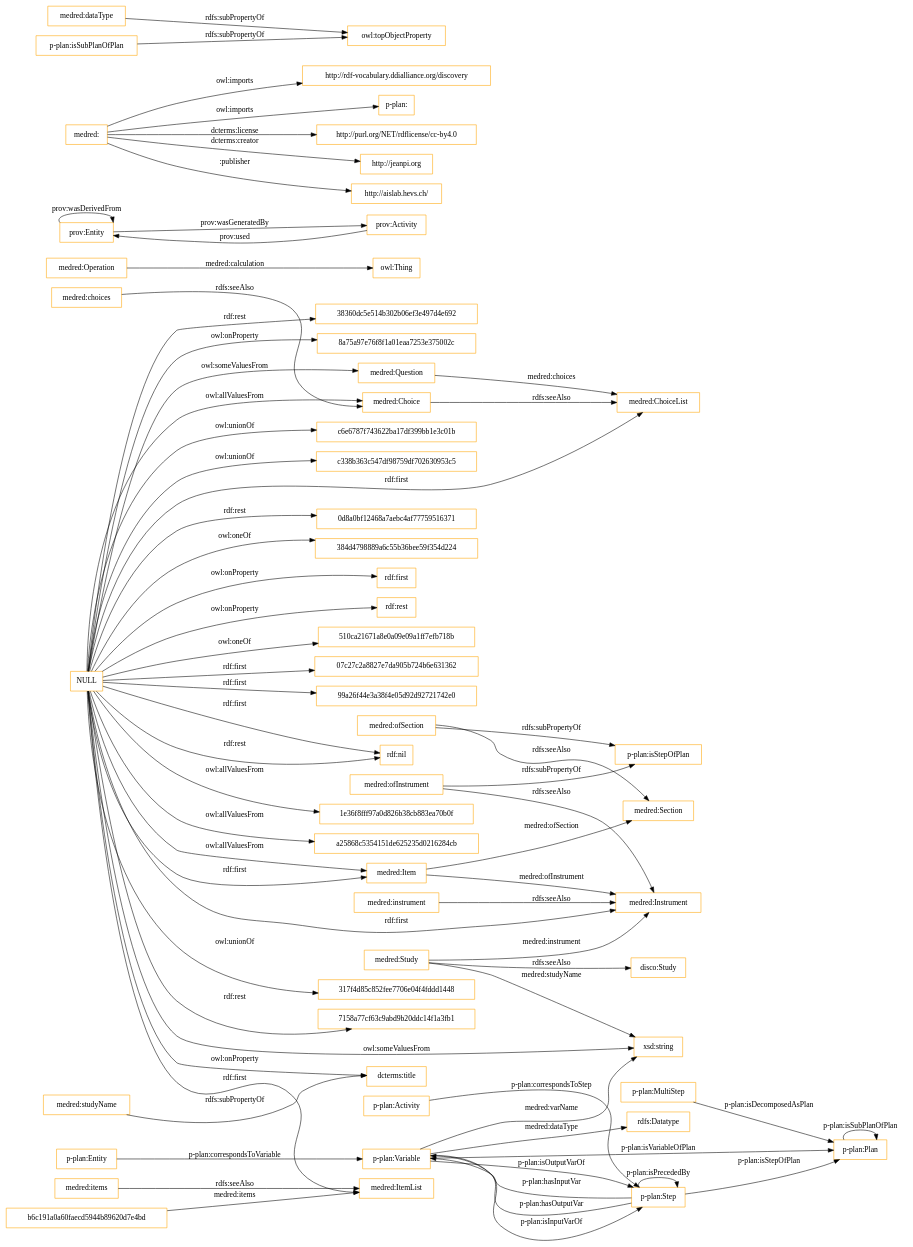
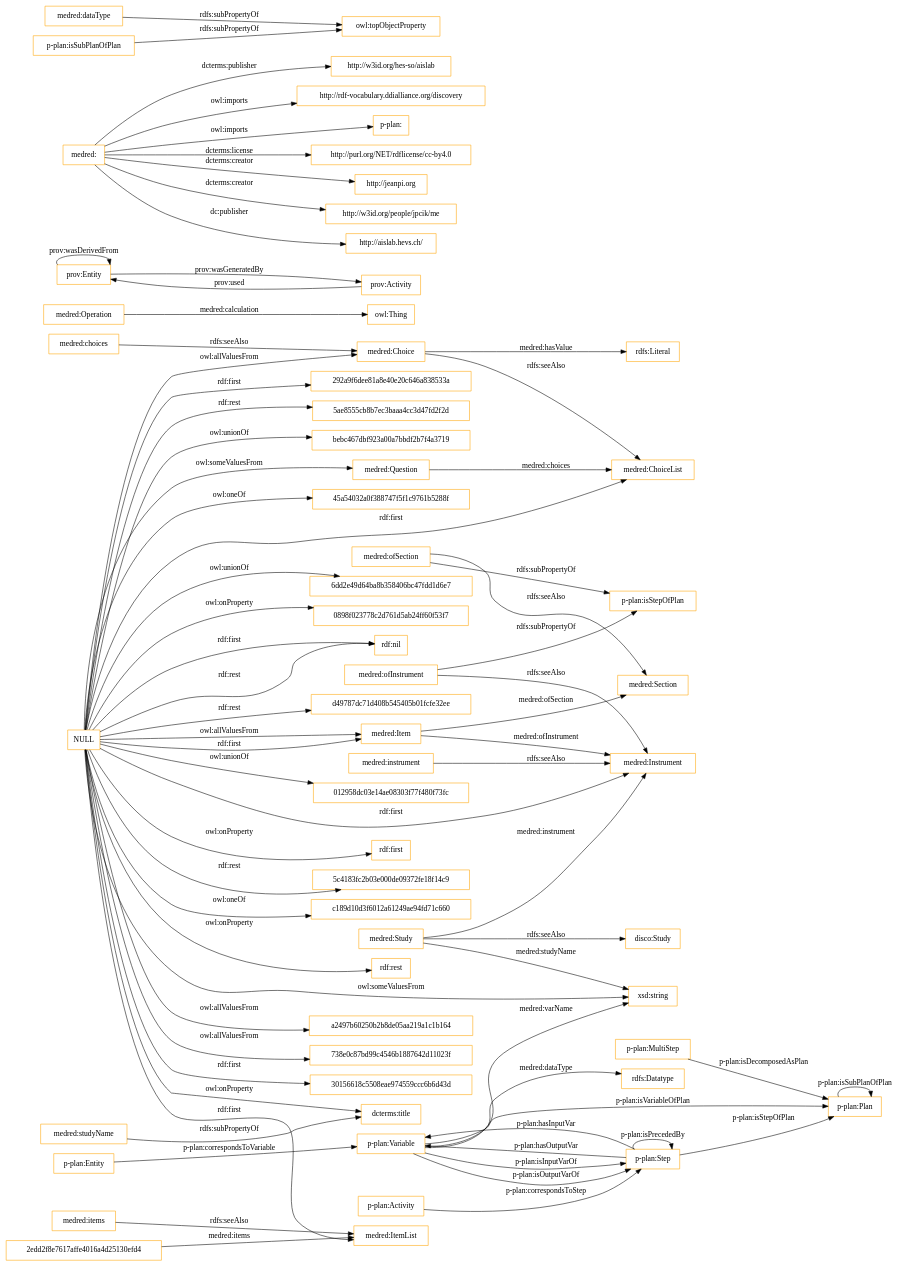
One commit to OnToologyUser/medred changed the diagram in OnToology/ontology/medred.owl/diagrams/ar2dtool-class/medred.owl.png.dot. Above: the diagram before and after it, drawn with Graphviz. The commit also changed 8 other files, not shown here.

```diff
--- a/OnToology/ontology/medred.owl/diagrams/ar2dtool-class/medred.owl.png.dot
+++ b/OnToology/ontology/medred.owl/diagrams/ar2dtool-class/medred.owl.png.dot
@@ -1,72 +1,75 @@
 digraph ar2dtool_diagram { 
 rankdir=LR;
 size="1501"
-node [shape = rectangle, color="orange"]; "07c27c2a8827e7da905b724b6e631362" "99a26f44e3a38f4e05d92d92721742e0" "medred:Question" "medred:Instrument" "medred:Item" "1e36f8fff97a0d826b38cb883ea70b0f" "rdfs:Datatype" "medred:Study" "medred:ItemList" "a25868c5354151de625235d0216284cb" "b6c191a0a60faecd5944b89620d7e4bd" "medred:Section" "medred:ChoiceList" "medred:Choice" "medred:Operation" "p-plan:MultiStep" "p-plan:Activity" "p-plan:Step" "p-plan:Entity" "prov:Entity" "p-plan:Plan" "prov:Activity" "p-plan:Variable" ; /*classes style*/
+node [shape = rectangle, color="orange"]; "a2497b60250b2b8de05aa219a1c1b164" "medred:Question" "738e0c87bd99c4546b1887642d11023f" "medred:Instrument" "medred:Item" "30156618c5508eae974559ccc6b6d43d" "rdfs:Datatype" "medred:Study" "medred:ItemList" "medred:Section" "medred:ChoiceList" "medred:Choice" "medred:Operation" "292a9f6dee81a8e40e20c646a838533a" "2edd2f8e7617affe4016a4d25130efd4" "p-plan:MultiStep" "p-plan:Activity" "p-plan:Step" "p-plan:Entity" "prov:Entity" "p-plan:Plan" "prov:Activity" "p-plan:Variable" ; /*classes style*/
+	"medred:" -> "http://w3id.org/hes-so/aislab" [ label = "dcterms:publisher" ];
 	"medred:" -> "http://rdf-vocabulary.ddialliance.org/discovery" [ label = "owl:imports" ];
 	"medred:" -> "p-plan:" [ label = "owl:imports" ];
 	"medred:" -> "http://purl.org/NET/rdflicense/cc-by4.0" [ label = "dcterms:license" ];
 	"medred:" -> "http://jeanpi.org" [ label = "dcterms:creator" ];
-	"medred:" -> "http://aislab.hevs.ch/" [ label = ":publisher" ];
+	"medred:" -> "http://w3id.org/people/jpcik/me" [ label = "dcterms:creator" ];
+	"medred:" -> "http://aislab.hevs.ch/" [ label = "dc:publisher" ];
+	"NULL" -> "5ae8555cb8b7ec3baaa4cc3d47fd2f2d" [ label = "rdf:rest" ];
+	"NULL" -> "bebc467dbf923a00a7bbdf2b7f4a3719" [ label = "owl:unionOf" ];
 	"NULL" -> "medred:Instrument" [ label = "rdf:first" ];
-	"NULL" -> "1e36f8fff97a0d826b38cb883ea70b0f" [ label = "owl:allValuesFrom" ];
+	"NULL" -> "738e0c87bd99c4546b1887642d11023f" [ label = "owl:allValuesFrom" ];
 	"NULL" -> "xsd:string" [ label = "owl:someValuesFrom" ];
+	"NULL" -> "292a9f6dee81a8e40e20c646a838533a" [ label = "rdf:first" ];
+	"NULL" -> "45a54032a0f388747f5f1c9761b5288f" [ label = "owl:oneOf" ];
 	"NULL" -> "medred:ChoiceList" [ label = "rdf:first" ];
 	"NULL" -> "dcterms:title" [ label = "owl:onProperty" ];
-	"NULL" -> "317f4d85c852fee7706e04f4fddd1448" [ label = "owl:unionOf" ];
 	"NULL" -> "medred:ItemList" [ label = "rdf:first" ];
+	"NULL" -> "30156618c5508eae974559ccc6b6d43d" [ label = "rdf:first" ];
 	"NULL" -> "medred:Question" [ label = "owl:someValuesFrom" ];
-	"NULL" -> "7158a77cf63c9abd9b20ddc14f1a3fb1" [ label = "rdf:rest" ];
-	"NULL" -> "38360dc5e514b302b06ef3e497d4e692" [ label = "rdf:rest" ];
-	"NULL" -> "8a75a97e76f8f1a01eaa7253e375002c" [ label = "owl:onProperty" ];
 	"NULL" -> "medred:Item" [ label = "owl:allValuesFrom" ];
-	"NULL" -> "c6e6787f743622ba17df399bb1e3c01b" [ label = "owl:unionOf" ];
+	"NULL" -> "6dd2e49d64ba8b358406bc47fdd1d6e7" [ label = "owl:unionOf" ];
+	"NULL" -> "0898f023778c2d761d5ab24ff60f53f7" [ label = "owl:onProperty" ];
 	"NULL" -> "rdf:nil" [ label = "rdf:first" ];
 	"NULL" -> "rdf:nil" [ label = "rdf:rest" ];
 	"NULL" -> "medred:Item" [ label = "rdf:first" ];
-	"NULL" -> "c338b363c547df98759df702630953c5" [ label = "owl:unionOf" ];
 	"NULL" -> "medred:Choice" [ label = "owl:allValuesFrom" ];
-	"NULL" -> "0d8a0bf12468a7aebc4af77759516371" [ label = "rdf:rest" ];
-	"NULL" -> "384d4798889a6c55b36bee59f354d224" [ label = "owl:oneOf" ];
-	"NULL" -> "99a26f44e3a38f4e05d92d92721742e0" [ label = "rdf:first" ];
+	"NULL" -> "d49787dc71d408b545405b01fcfe32ee" [ label = "rdf:rest" ];
+	"NULL" -> "012958dc03e14ae08303f77f480f73fc" [ label = "owl:unionOf" ];
 	"NULL" -> "rdf:first" [ label = "owl:onProperty" ];
-	"NULL" -> "a25868c5354151de625235d0216284cb" [ label = "owl:allValuesFrom" ];
+	"NULL" -> "5c4183fc2b03e000de09372fe18f14c9" [ label = "rdf:rest" ];
+	"NULL" -> "c189d10d3f6012a61249ae94fd71c660" [ label = "owl:oneOf" ];
+	"NULL" -> "a2497b60250b2b8de05aa219a1c1b164" [ label = "owl:allValuesFrom" ];
 	"NULL" -> "rdf:rest" [ label = "owl:onProperty" ];
-	"NULL" -> "510ca21671a8e0a09e09a1ff7efb718b" [ label = "owl:oneOf" ];
-	"NULL" -> "07c27c2a8827e7da905b724b6e631362" [ label = "rdf:first" ];
 	"medred:items" -> "medred:ItemList" [ label = "rdfs:seeAlso" ];
 	"medred:ofInstrument" -> "medred:Instrument" [ label = "rdfs:seeAlso" ];
 	"medred:ofInstrument" -> "p-plan:isStepOfPlan" [ label = "rdfs:subPropertyOf" ];
 	"medred:instrument" -> "medred:Instrument" [ label = "rdfs:seeAlso" ];
 	"medred:Study" -> "disco:Study" [ label = "rdfs:seeAlso" ];
 	"medred:choices" -> "medred:Choice" [ label = "rdfs:seeAlso" ];
 	"medred:ofSection" -> "medred:Section" [ label = "rdfs:seeAlso" ];
 	"medred:ofSection" -> "p-plan:isStepOfPlan" [ label = "rdfs:subPropertyOf" ];
 	"medred:Choice" -> "medred:ChoiceList" [ label = "rdfs:seeAlso" ];
 	"medred:studyName" -> "dcterms:title" [ label = "rdfs:subPropertyOf" ];
 	"medred:dataType" -> "owl:topObjectProperty" [ label = "rdfs:subPropertyOf" ];
 	"p-plan:isSubPlanOfPlan" -> "owl:topObjectProperty" [ label = "rdfs:subPropertyOf" ];
 	"p-plan:Plan" -> "p-plan:Plan" [ label = "p-plan:isSubPlanOfPlan" ];
 	"prov:Entity" -> "prov:Entity" [ label = "prov:wasDerivedFrom" ];
 	"prov:Entity" -> "prov:Activity" [ label = "prov:wasGeneratedBy" ];
 	"p-plan:Step" -> "p-plan:Plan" [ label = "p-plan:isStepOfPlan" ];
 	"p-plan:Variable" -> "p-plan:Plan" [ label = "p-plan:isVariableOfPlan" ];
 	"p-plan:Step" -> "p-plan:Variable" [ label = "p-plan:hasInputVar" ];
 	"p-plan:Step" -> "p-plan:Step" [ label = "p-plan:isPrecededBy" ];
-	"b6c191a0a60faecd5944b89620d7e4bd" -> "medred:ItemList" [ label = "medred:items" ];
+	"2edd2f8e7617affe4016a4d25130efd4" -> "medred:ItemList" [ label = "medred:items" ];
 	"medred:Study" -> "xsd:string" [ label = "medred:studyName" ];
 	"p-plan:MultiStep" -> "p-plan:Plan" [ label = "p-plan:isDecomposedAsPlan" ];
 	"p-plan:Step" -> "p-plan:Variable" [ label = "p-plan:hasOutputVar" ];
 	"medred:Item" -> "medred:Instrument" [ label = "medred:ofInstrument" ];
 	"medred:Study" -> "medred:Instrument" [ label = "medred:instrument" ];
 	"p-plan:Variable" -> "xsd:string" [ label = "medred:varName" ];
 	"p-plan:Variable" -> "rdfs:Datatype" [ label = "medred:dataType" ];
 	"p-plan:Activity" -> "p-plan:Step" [ label = "p-plan:correspondsToStep" ];
 	"medred:Question" -> "medred:ChoiceList" [ label = "medred:choices" ];
 	"p-plan:Entity" -> "p-plan:Variable" [ label = "p-plan:correspondsToVariable" ];
 	"prov:Activity" -> "prov:Entity" [ label = "prov:used" ];
 	"p-plan:Variable" -> "p-plan:Step" [ label = "p-plan:isInputVarOf" ];
 	"medred:Item" -> "medred:Section" [ label = "medred:ofSection" ];
 	"p-plan:Variable" -> "p-plan:Step" [ label = "p-plan:isOutputVarOf" ];
 	"medred:Operation" -> "owl:Thing" [ label = "medred:calculation" ];
+	"medred:Choice" -> "rdfs:Literal" [ label = "medred:hasValue" ];
 
 }
```
